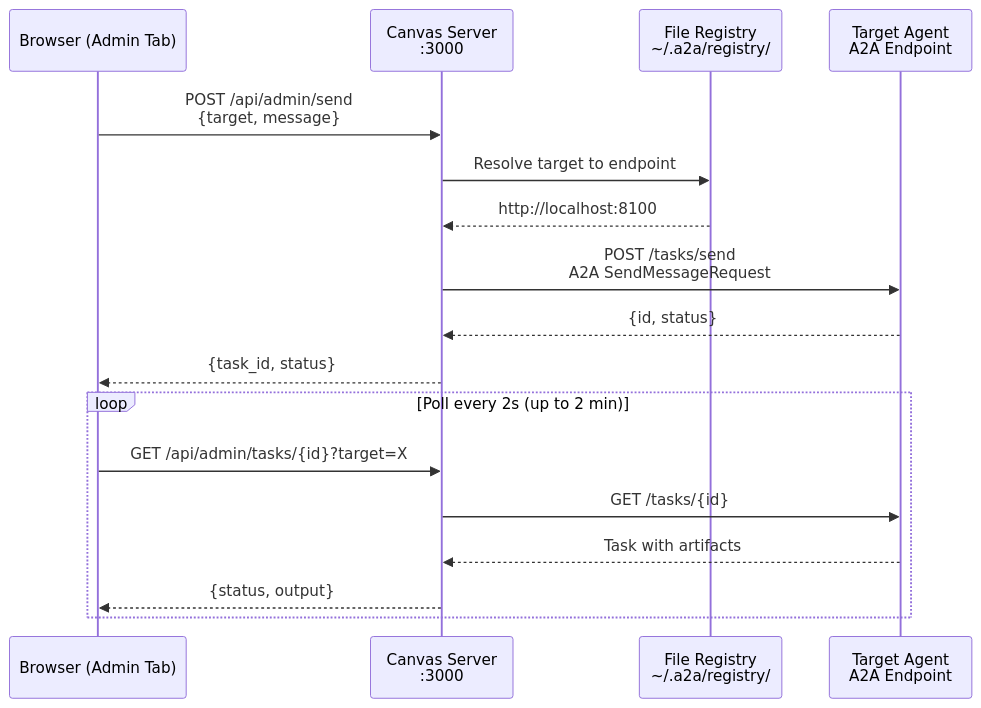
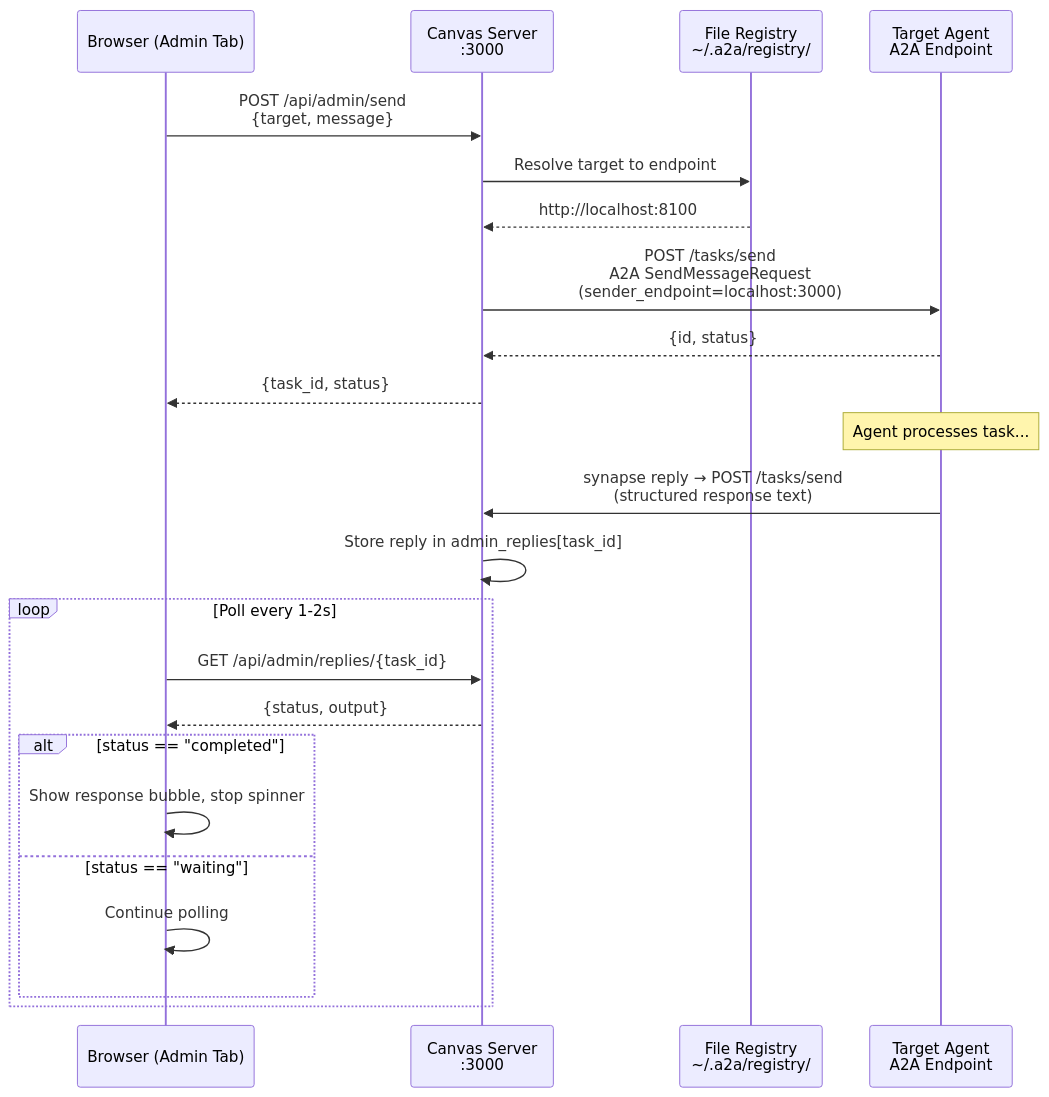
Before and after one commit to s-hiraoku/synapse-a2a: the second of 5 diagrams in docs/admin-command-center.md, drawn with Mermaid. The commit also changed other lines of this file and 11 other files, not shown here.

First line of the commit message:
feat: replace admin PTY streaming with reply-based response flow

````diff
--- a/docs/admin-command-center.md
+++ b/docs/admin-command-center.md
@@ -68,21 +69,28 @@
 ```mermaid
 sequenceDiagram
     participant User as Browser (Admin Tab)
     participant Canvas as Canvas Server<br/>:3000
     participant Registry as File Registry<br/>~/.a2a/registry/
     participant Agent as Target Agent<br/>A2A Endpoint
 
     User->>Canvas: POST /api/admin/send<br/>{target, message}
     Canvas->>Registry: Resolve target to endpoint
     Registry-->>Canvas: http://localhost:8100
-    Canvas->>Agent: POST /tasks/send<br/>A2A SendMessageRequest
+    Canvas->>Agent: POST /tasks/send<br/>A2A SendMessageRequest<br/>(sender_endpoint=localhost:3000)
     Agent-->>Canvas: {id, status}
     Canvas-->>User: {task_id, status}
 
-    loop Poll every 2s (up to 2 min)
-        User->>Canvas: GET /api/admin/tasks/{id}?target=X
-        Canvas->>Agent: GET /tasks/{id}
-        Agent-->>Canvas: Task with artifacts
+    Note over Agent: Agent processes task...
+    Agent->>Canvas: synapse reply → POST /tasks/send<br/>(structured response text)
+    Canvas->>Canvas: Store reply in admin_replies[task_id]
+
+    loop Poll every 1-2s
+        User->>Canvas: GET /api/admin/replies/{task_id}
         Canvas-->>User: {status, output}
+        alt status == "completed"
+            User->>User: Show response bubble, stop spinner
+        else status == "waiting"
+            User->>User: Continue polling
+        end
     end
 ```
````
